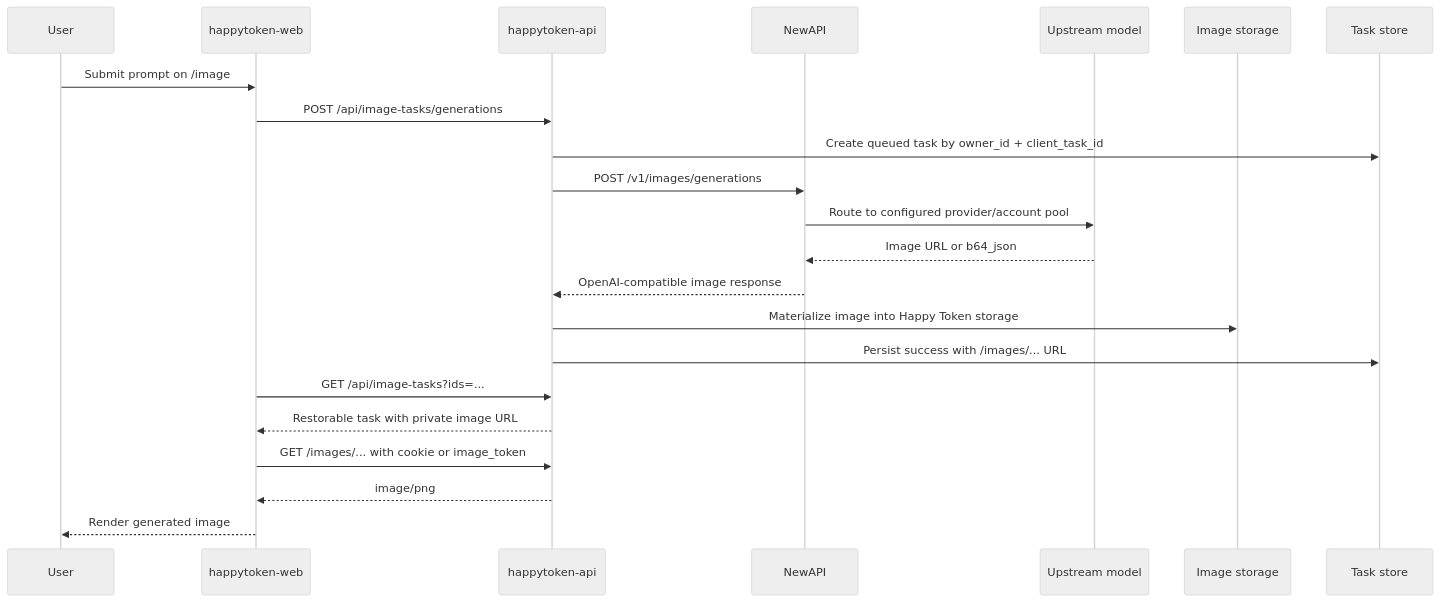
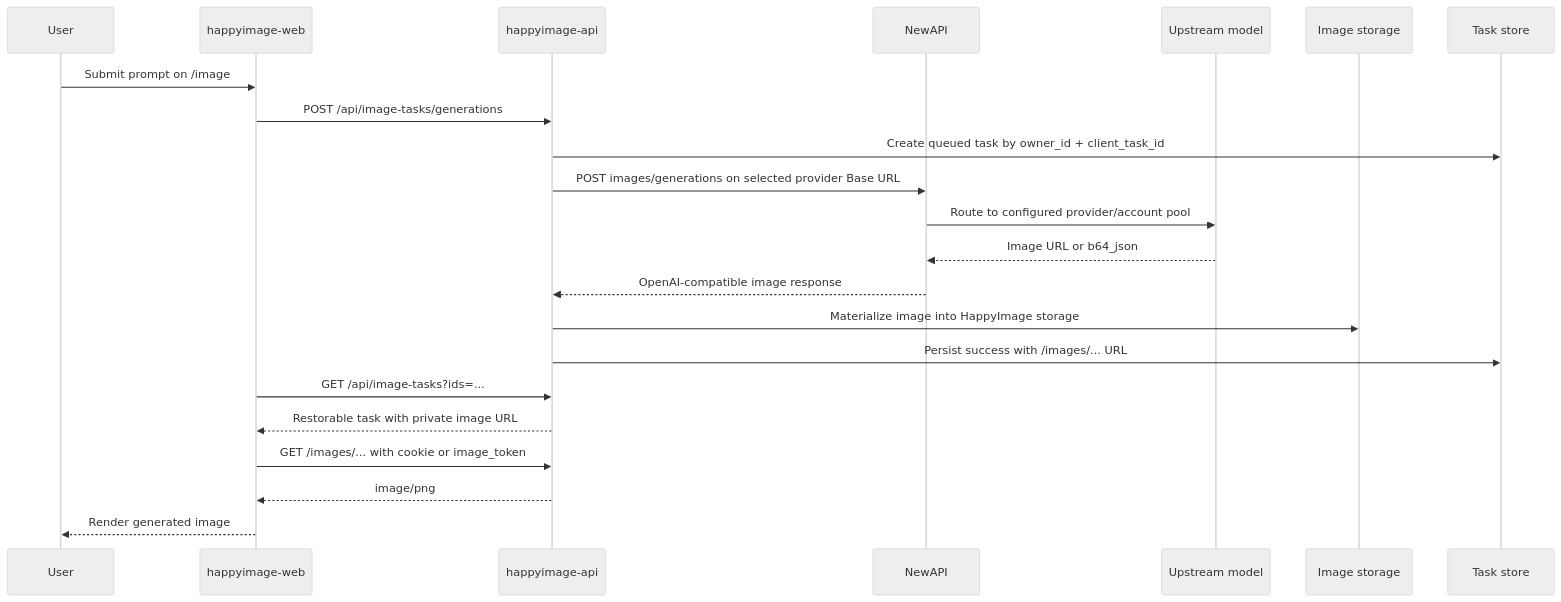
The third of 7 diagrams in docs/architecture.md (happy-token/HappyImage), drawn with Mermaid (neutral theme) before and after one commit. The commit also changed other lines of this file and 7 other files, not shown here.

````diff
--- a/docs/architecture.md
+++ b/docs/architecture.md
@@ -67,25 +63,25 @@
 ```mermaid
 sequenceDiagram
   participant U as User
-  participant W as happytoken-web
-  participant A as happytoken-api
+  participant W as happyimage-web
+  participant A as happyimage-api
   participant N as NewAPI
   participant M as Upstream model
   participant S as Image storage
   participant T as Task store
 
   U->>W: Submit prompt on /image
   W->>A: POST /api/image-tasks/generations
   A->>T: Create queued task by owner_id + client_task_id
-  A->>N: POST /v1/images/generations
+  A->>N: POST images/generations on selected provider Base URL
   N->>M: Route to configured provider/account pool
   M-->>N: Image URL or b64_json
   N-->>A: OpenAI-compatible image response
-  A->>S: Materialize image into Happy Token storage
+  A->>S: Materialize image into HappyImage storage
   A->>T: Persist success with /images/... URL
   W->>A: GET /api/image-tasks?ids=...
   A-->>W: Restorable task with private image URL
   W->>A: GET /images/... with cookie or image_token
   A-->>W: image/png
   W-->>U: Render generated image
 ```
````
